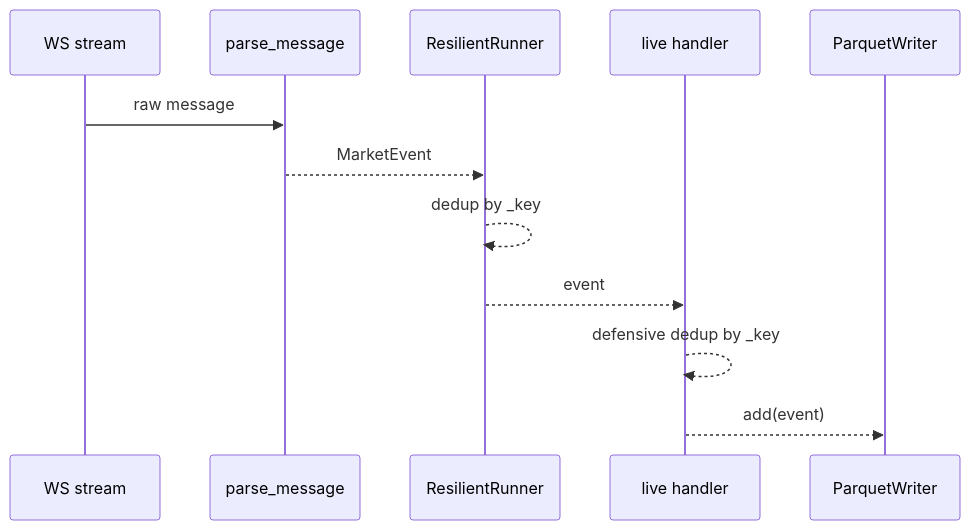
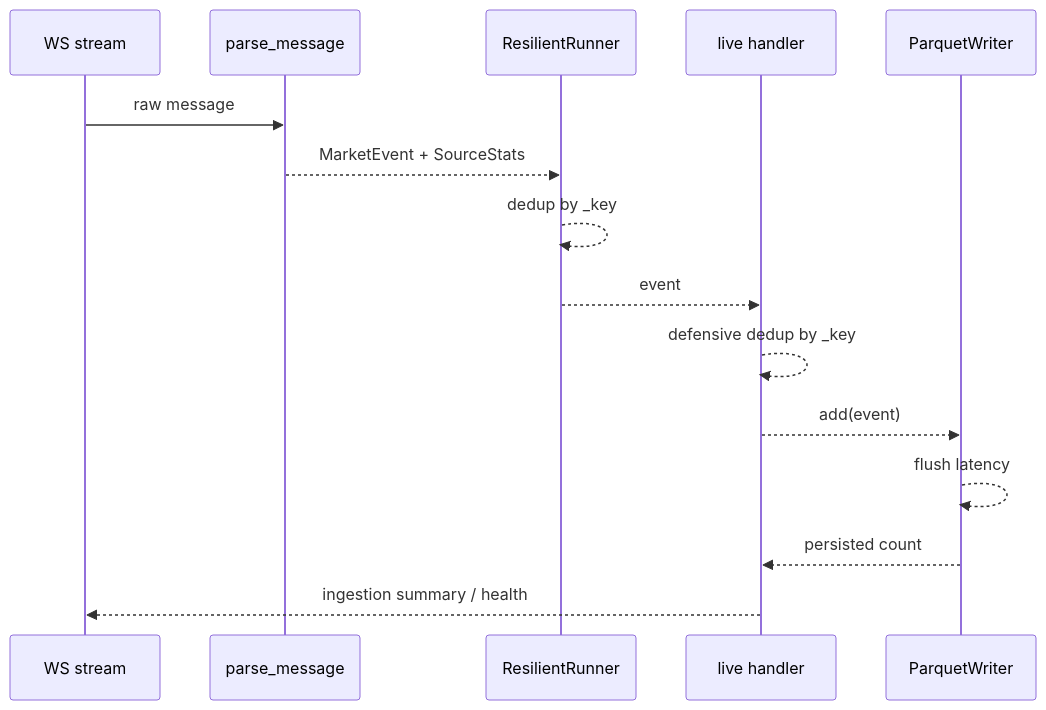
One commit to oscarlgarcia/MyTraderSystem changed the second of 5 diagrams in docs/ingestion.md. Above: the diagram before and after it, drawn with Mermaid. The commit also changed other lines of this file and 11 other files, not shown here.

````diff
--- a/docs/ingestion.md
+++ b/docs/ingestion.md
@@ -152,15 +154,18 @@
 ```mermaid
 sequenceDiagram
   participant WS as WS stream
   participant Client as parse_message
   participant Runner as ResilientRunner
   participant Handler as live handler
   participant Writer as ParquetWriter
 
   WS->>Client: raw message
-  Client-->>Runner: MarketEvent
+  Client-->>Runner: MarketEvent + SourceStats
   Runner-->>Runner: dedup by _key
   Runner-->>Handler: event
   Handler-->>Handler: defensive dedup by _key
   Handler-->>Writer: add(event)
+  Writer-->>Writer: flush latency
+  Writer-->>Handler: persisted count
+  Handler-->>WS: ingestion summary / health
 ```
````
